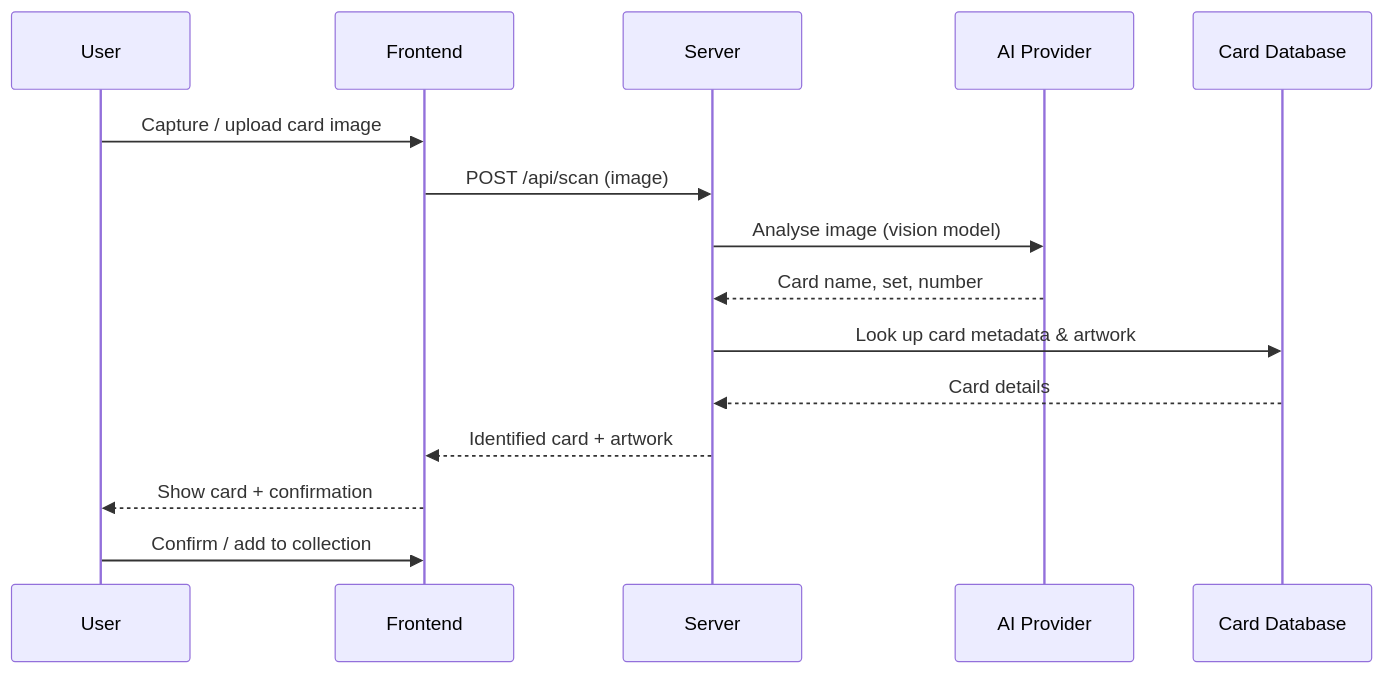
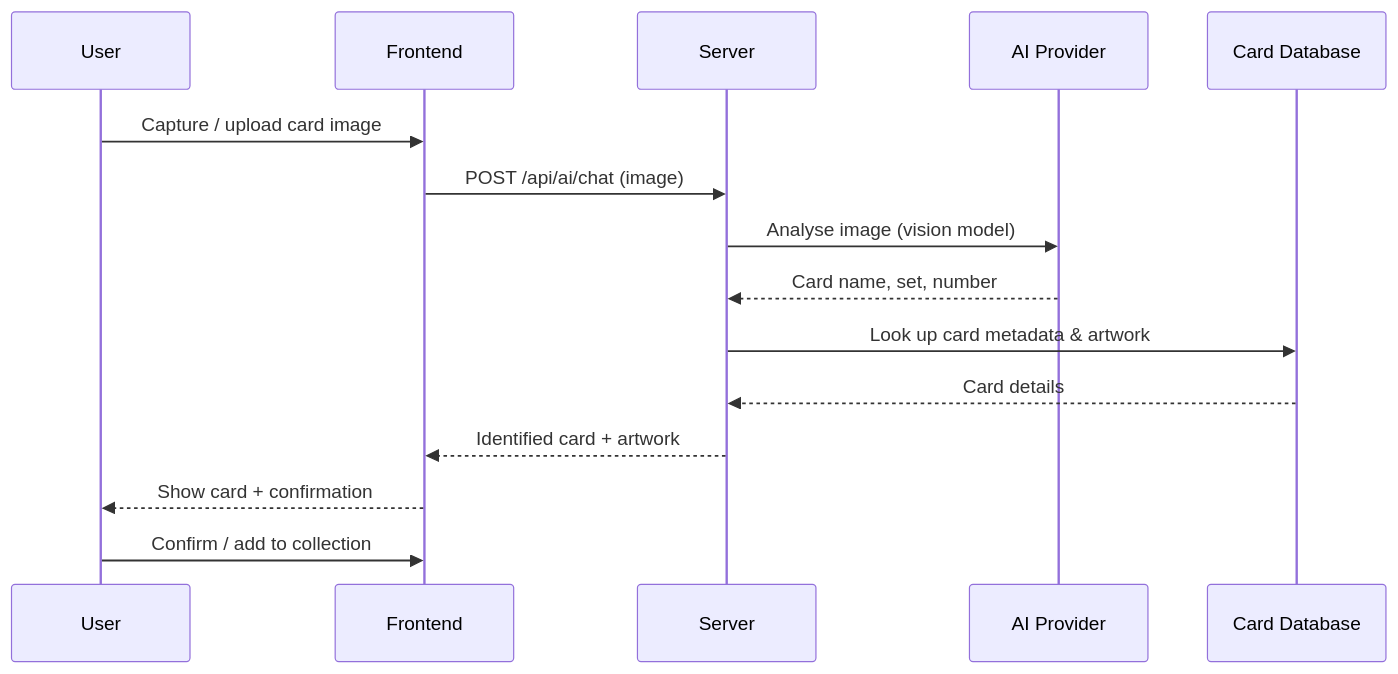
Before and after one commit to pacorreia/pokemon-card-scanner: the diagram in docs/getting-started/index.md, drawn with Mermaid.

Commit message:
Potential fix for pull request finding

````diff
--- a/docs/getting-started/index.md
+++ b/docs/getting-started/index.md
@@ -17,18 +17,18 @@
 ```mermaid
 sequenceDiagram
     participant User
     participant Frontend
     participant Server
     participant AI as AI Provider
     participant DB as Card Database
 
     User->>Frontend: Capture / upload card image
-    Frontend->>Server: POST /api/scan (image)
+    Frontend->>Server: POST /api/ai/chat (image)
     Server->>AI: Analyse image (vision model)
     AI-->>Server: Card name, set, number
     Server->>DB: Look up card metadata & artwork
     DB-->>Server: Card details
     Server-->>Frontend: Identified card + artwork
     Frontend-->>User: Show card + confirmation
     User->>Frontend: Confirm / add to collection
 ```
````
